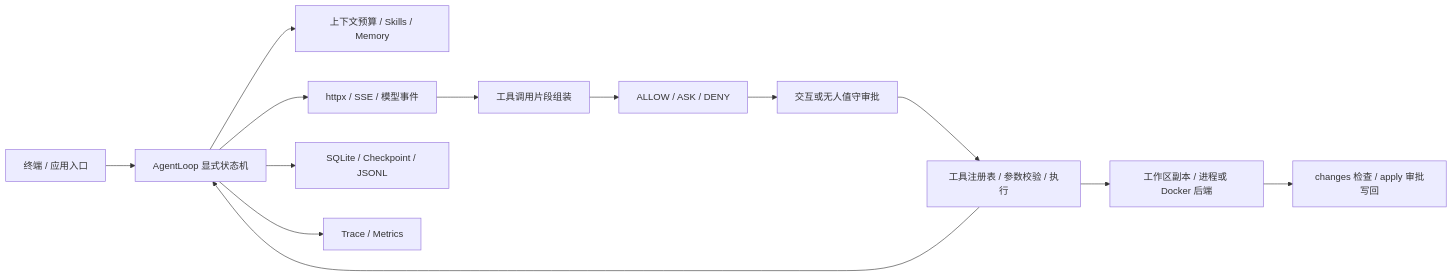
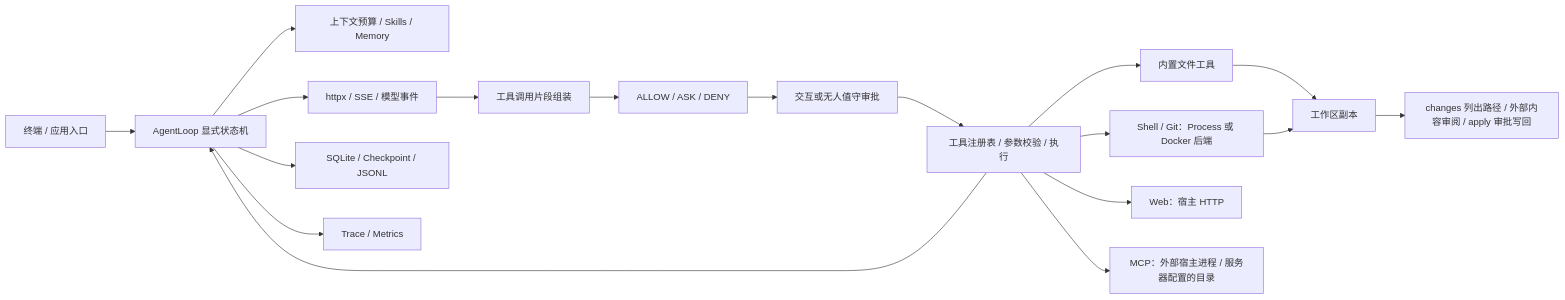
One commit to Lh0326/miniclaw changed the first of 2 diagrams in docs/architecture.md. Above: the diagram before and after it, drawn with Mermaid. The commit also changed other lines of this file and 12 other files, not shown here.

````diff
--- a/docs/architecture.md
+++ b/docs/architecture.md
@@ -9,15 +9,20 @@
 ```mermaid
 flowchart LR
     CLI["终端 / 应用入口"] --> Loop["AgentLoop 显式状态机"]
     Loop --> Context["上下文预算 / Skills / Memory"]
     Loop --> Model["httpx / SSE / 模型事件"]
     Model --> Assembly["工具调用片段组装"]
     Assembly --> Policy["ALLOW / ASK / DENY"]
     Policy --> Approval["交互或无人值守审批"]
     Approval --> Tools["工具注册表 / 参数校验 / 执行"]
-    Tools --> Workspace["工作区副本 / 进程或 Docker 后端"]
+    Tools --> Files["内置文件工具"]
+    Tools --> Commands["Shell / Git：Process 或 Docker 后端"]
+    Files --> Workspace["工作区副本"]
+    Commands --> Workspace
+    Tools --> Web["Web：宿主 HTTP"]
+    Tools --> MCP["MCP：外部宿主进程 / 服务器配置的目录"]
     Tools --> Loop
     Loop --> Persistence["SQLite / Checkpoint / JSONL"]
     Loop --> Trace["Trace / Metrics"]
-    Workspace --> Review["changes 检查 / apply 审批写回"]
+    Workspace --> Review["changes 列出路径 / 外部内容审阅 / apply 审批写回"]
 ```
````
